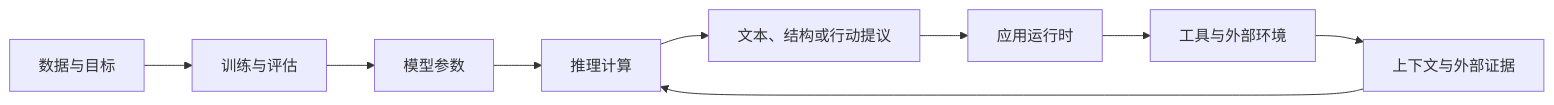
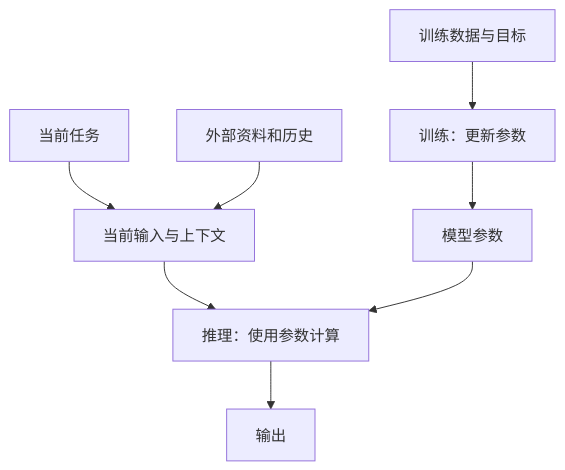
One commit to Cypher-hey/footprint changed the second of 3 diagrams in docs/note/ai/01-foundations.md. Above: the diagram before and after it, drawn with Mermaid. The commit also changed other lines of this file and 22 other files, not shown here.

Commit message:
docs(ai): unify conceptual explanations, progressive diagrams and cross-topic knowledge ownership

````diff
--- a/docs/note/ai/01-foundations.md
+++ b/docs/note/ai/01-foundations.md
@@ -29,11 +52,10 @@
 ```mermaid
-flowchart LR
-    D["数据与目标"] --> T["训练与评估"]
+flowchart TD
+    D["训练数据与目标"] --> T["训练：更新参数"]
     T --> W["模型参数"]
-    W --> I["推理计算"]
-    C["上下文与外部证据"] --> I
-    I --> O["文本、结构或行动提议"]
-    O --> R["应用运行时"]
-    R --> E["工具与外部环境"]
-    E --> C
+    U["当前任务"] --> C["当前输入与上下文"]
+    K["外部资料和历史"] --> C
+    C --> I["推理：使用参数计算"]
+    W --> I
+    I --> O["输出"]
 ```
````
